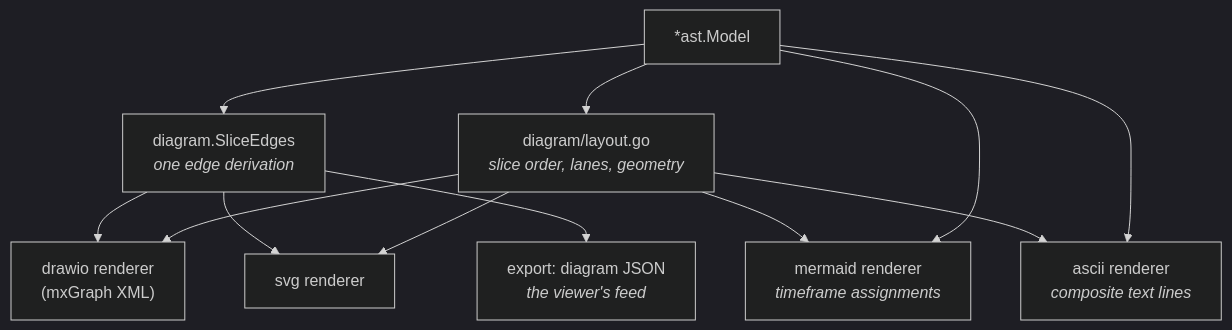
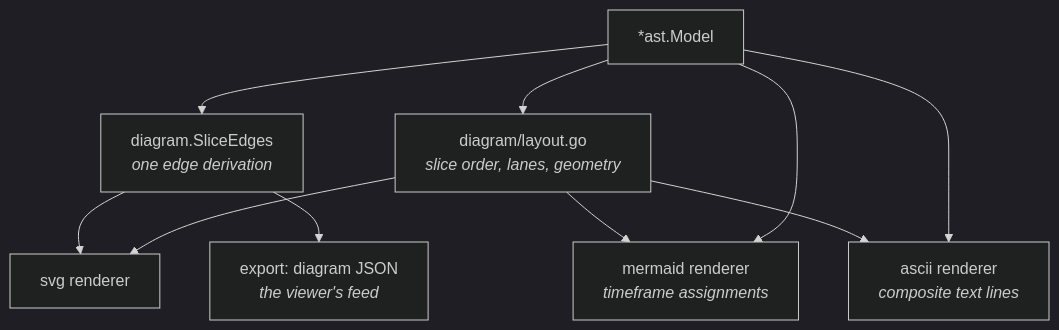
One commit to hpcsc/emod changed the third of 4 diagrams in docs/architecture.md. Above: the diagram before and after it, drawn with Mermaid (dark theme). The commit also changed other lines of this file and 22 other files, not shown here.

First line of the commit message:
Remove the draw.io diagram format

````diff
--- a/docs/architecture.md
+++ b/docs/architecture.md
@@ -159,16 +159,14 @@
 ```mermaid
 flowchart TD
     M["*ast.Model"] --> SE["diagram.SliceEdges<br/><i>one edge derivation</i>"]
     M --> LAY["diagram/layout.go<br/><i>slice order, lanes, geometry</i>"]
 
-    SE --> DRAWIO["drawio renderer<br/>(mxGraph XML)"]
     SE --> SVG["svg renderer"]
     SE --> DJSON["export: diagram JSON<br/><i>the viewer's feed</i>"]
-    LAY --> DRAWIO
     LAY --> SVG
     LAY --> MERMAID
     LAY --> ASCII
 
     M --> ASCII["ascii renderer<br/><i>composite text lines</i>"]
     M --> MERMAID["mermaid renderer<br/><i>timeframe assignments</i>"]
 ```
````
